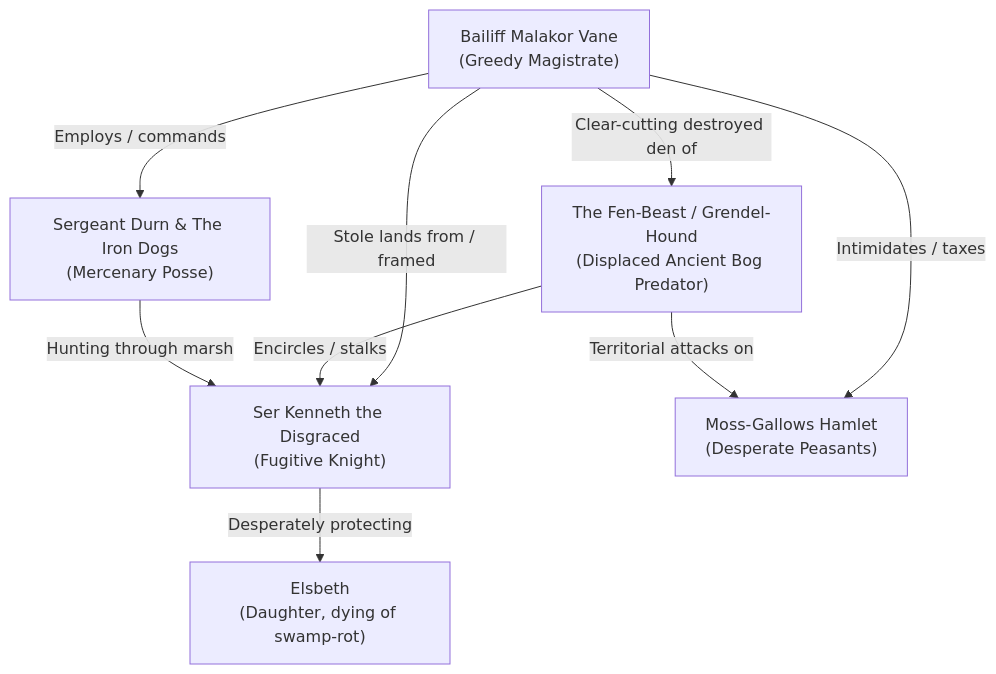
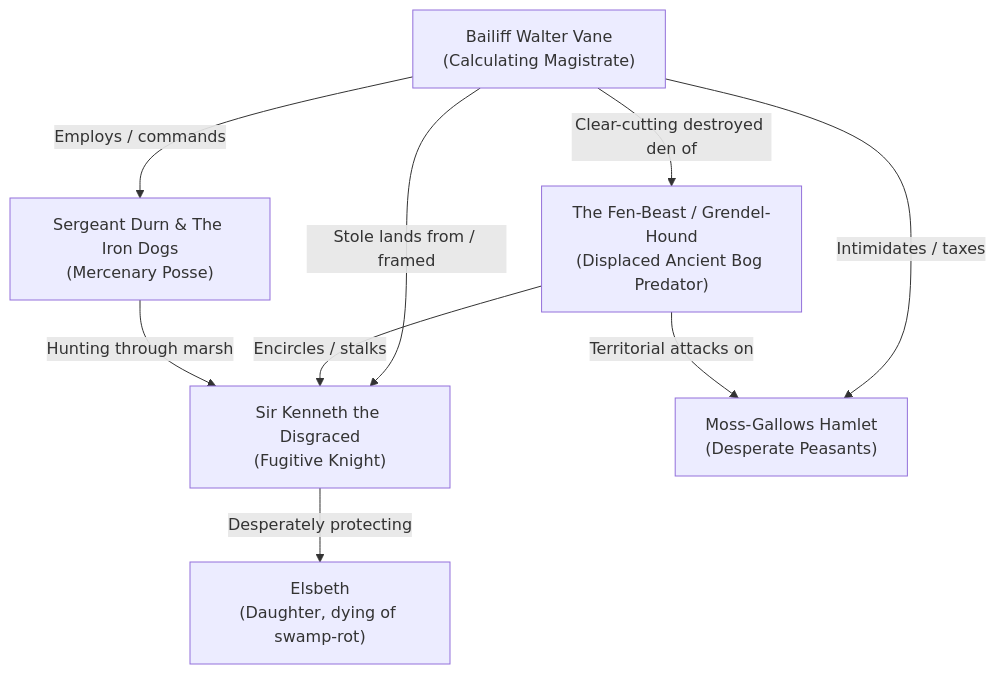
The diagram in design/iteration/campaign-weeping-fen/narrative-arc.md (tdimiduk/cardpg), drawn with Mermaid before and after one commit. The commit also changed other lines of this file and 1 other file, not shown here.

````diff
--- a/design/iteration/campaign-weeping-fen/narrative-arc.md
+++ b/design/iteration/campaign-weeping-fen/narrative-arc.md
@@ -31,14 +31,14 @@
 ```mermaid
 flowchart TD
-    VANE["Bailiff Malakor Vane<br/>(Greedy Magistrate)"] -- "Stole lands from / framed" --> KENNETH["Ser Kenneth the Disgraced<br/>(Fugitive Knight)"]
+    VANE["Bailiff Walter Vane<br/>(Calculating Magistrate)"] -- "Stole lands from / framed" --> KENNETH["Sir Kenneth the Disgraced<br/>(Fugitive Knight)"]
     VANE -- "Employs / commands" --> POSSE["Sergeant Durn & The Iron Dogs<br/>(Mercenary Posse)"]
     VANE -- "Intimidates / taxes" --> VILLAGE["Moss-Gallows Hamlet<br/>(Desperate Peasants)"]
 
     KENNETH -- "Desperately protecting" --> ELSBETH["Elsbeth<br/>(Daughter, dying of swamp-rot)"]
 
     BEAST["The Fen-Beast / Grendel-Hound<br/>(Displaced Ancient Bog Predator)"] -- "Territorial attacks on" --> VILLAGE
     BEAST -- "Encircles / stalks" --> KENNETH
     VANE -- "Clear-cutting destroyed den of" --> BEAST
 
     POSSE -- "Hunting through marsh" --> KENNETH
 ```
````
